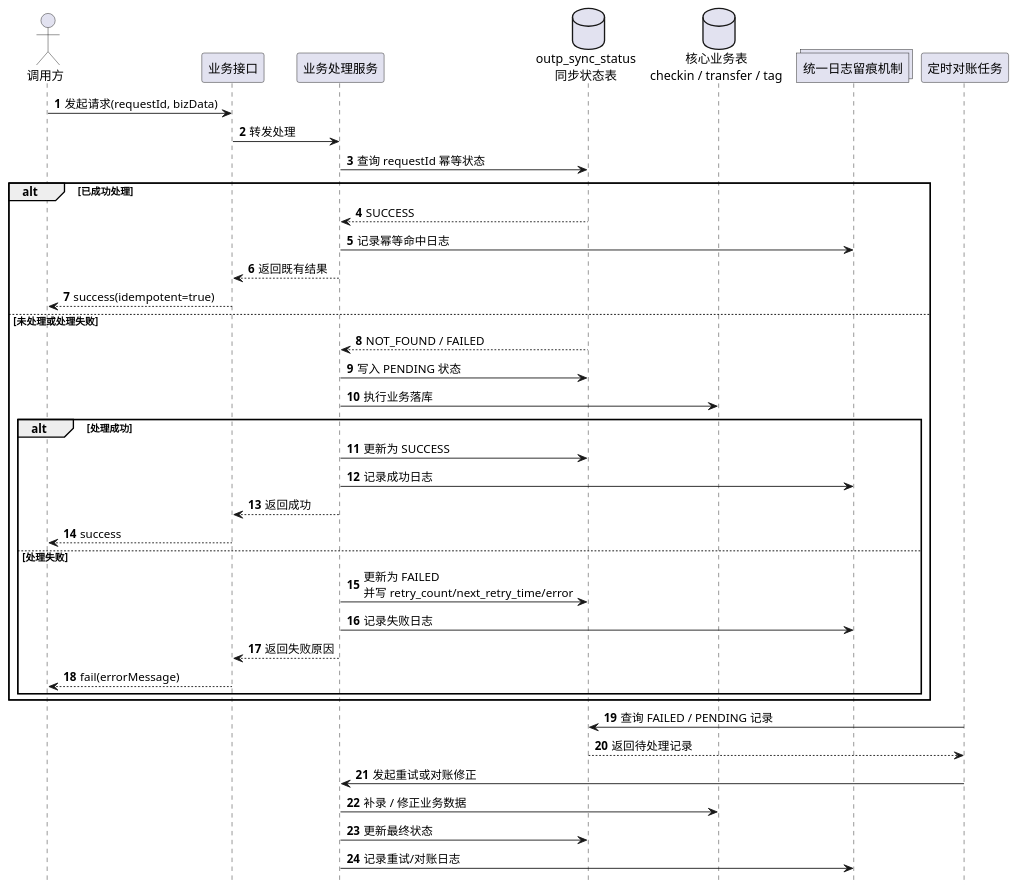
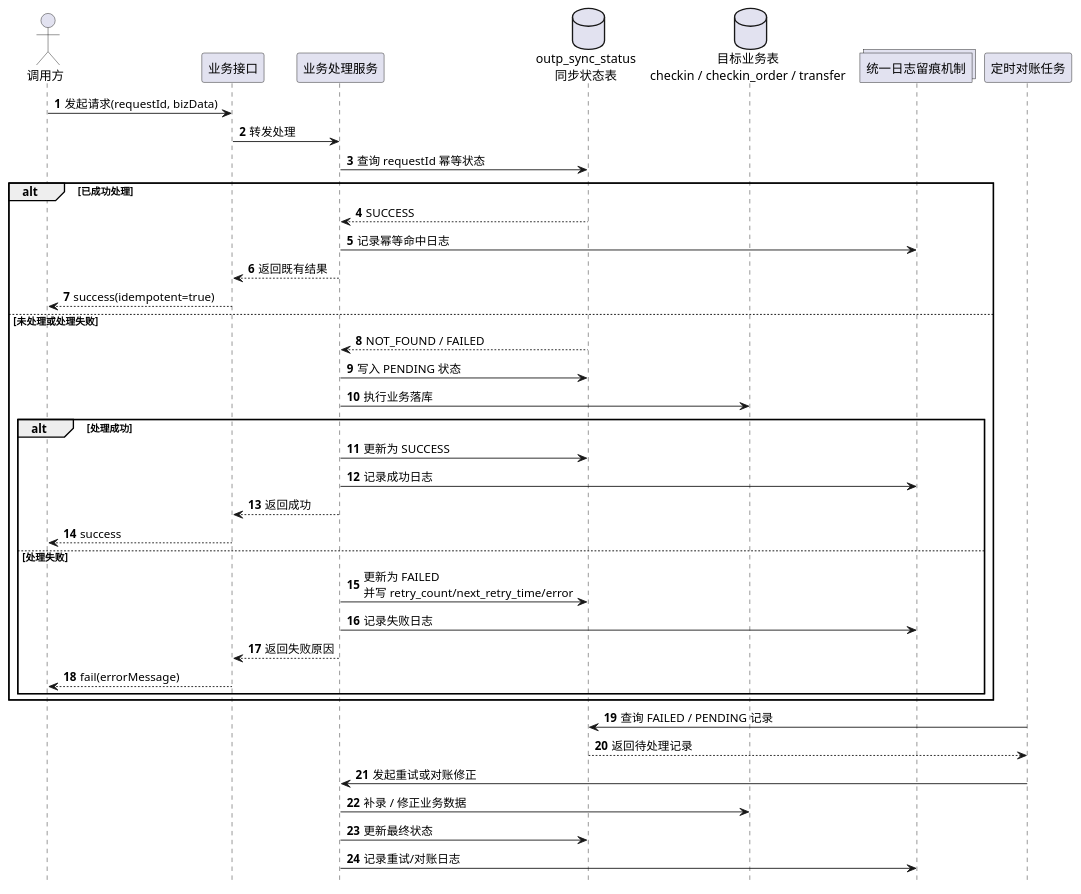
The seventh of 7 diagrams in work-system/deliverables/outpatient-nurse-station/4.2.4.6-时序图-PlantUML-标签接口调整版.md (tito126/dev-workflow-engine), drawn with PlantUML before and after one commit. The commit also changed other lines of this file and 1 other file, not shown here.

Commit message:
refine outpatient nurse tag diagrams

````diff
--- a/work-system/deliverables/outpatient-nurse-station/4.2.4.6-时序图-PlantUML-标签接口调整版.md
+++ b/work-system/deliverables/outpatient-nurse-station/4.2.4.6-时序图-PlantUML-标签接口调整版.md
@@ -281,47 +265,47 @@
 ```plantuml
 @startuml
 hide footbox
 
 autonumber
 
 actor "调用方" as Caller
 participant "业务接口" as BizApi
 participant "业务处理服务" as BizService
 database "outp_sync_status\n同步状态表" as SyncStatus
-database "核心业务表\ncheckin / transfer / tag" as BizTable
+database "目标业务表\ncheckin / checkin_order / transfer" as BizTable
 collections "统一日志留痕机制" as OpLog
 participant "定时对账任务" as ReconcileJob
 
 Caller -> BizApi: 发起请求(requestId, bizData)
 BizApi -> BizService: 转发处理
 BizService -> SyncStatus: 查询 requestId 幂等状态
 alt 已成功处理
     SyncStatus --> BizService: SUCCESS
     BizService -> OpLog: 记录幂等命中日志
     BizService --> BizApi: 返回既有结果
     BizApi --> Caller: success(idempotent=true)
 else 未处理或处理失败
     SyncStatus --> BizService: NOT_FOUND / FAILED
     BizService -> SyncStatus: 写入 PENDING 状态
     BizService -> BizTable: 执行业务落库
     alt 处理成功
         BizService -> SyncStatus: 更新为 SUCCESS
         BizService -> OpLog: 记录成功日志
         BizService --> BizApi: 返回成功
         BizApi --> Caller: success
     else 处理失败
         BizService -> SyncStatus: 更新为 FAILED\n并写 retry_count/next_retry_time/error
         BizService -> OpLog: 记录失败日志
         BizService --> BizApi: 返回失败原因
         BizApi --> Caller: fail(errorMessage)
     end
 end
 
 ReconcileJob -> SyncStatus: 查询 FAILED / PENDING 记录
 SyncStatus --> ReconcileJob: 返回待处理记录
 ReconcileJob -> BizService: 发起重试或对账修正
 BizService -> BizTable: 补录 / 修正业务数据
 BizService -> SyncStatus: 更新最终状态
 BizService -> OpLog: 记录重试/对账日志
 @enduml
 ```
````
